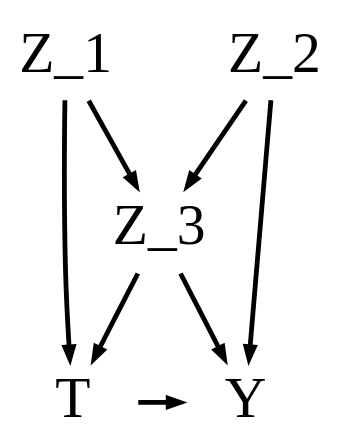
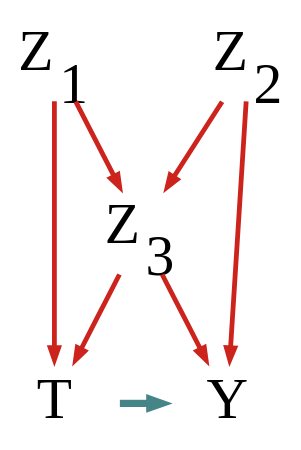
Before and after one commit to gerasy1987/PSCI8357: the second of 11 diagrams in lectures/03_regression.qmd, drawn with Graphviz. The commit also changed other lines of this file and 1 other file, not shown here.

````diff
--- a/lectures/03_regression.qmd
+++ b/lectures/03_regression.qmd
@@ -1102,30 +1148,36 @@
 ```{dot}
 //| fig-width: 3
 //| fig-height: 3
 //| fig-align: center
 digraph G {
   bgcolor="transparent"
   rankdir="TB"
   edge [
 		arrowsize=0.5, labeldistance=3, penwidth=2]
   node [
     shape=plaintext,fontsize=24,penwidth=2]
-    // Nodes
+    // Main nodes
     T;
     Y;
-    Z_1;
-    Z_2;
-    Z_3;
+    
+    // Confounders
+    Z1 [label=<Z<sub>1</sub>>];
+    Z2 [label=<Z<sub>2</sub>>];
+    Z3 [label=<Z<sub>3</sub>>];
 
-    // Edges
-    Z_1 -> T;
-    Z_1 -> Z_3;
-    Z_2 -> Y;
-    Z_2 -> Z_3;
-    Z_3 -> T;
-    Z_3 -> Y;
-    T -> Y;
-    {{ rank=min; Z_1;Z_2};}
+    // Causal path
+    T -> Y [color="#458588", penwidth=3];
+
+    // Back-door paths (confounding)
+    Z1 -> T [color="#cc241d"];
+    Z1 -> Z3 [color="#cc241d"];
+    Z2 -> Y [color="#cc241d"];
+    Z2 -> Z3 [color="#cc241d"];
+    Z3 -> T [color="#cc241d"];
+    Z3 -> Y [color="#cc241d"];
+
+    {{ rank=min; Z1;Z2};}
+    {{ rank=same; Z3};}
     {{ rank=max; T;Y};}
 }
 ```
````
